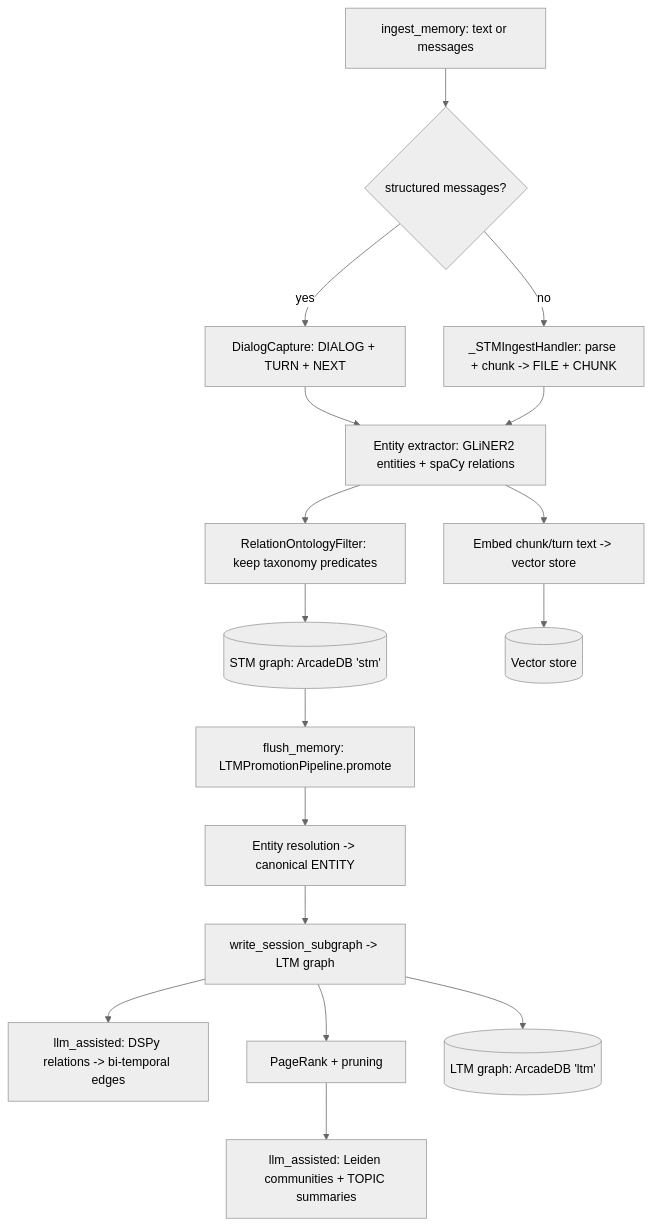
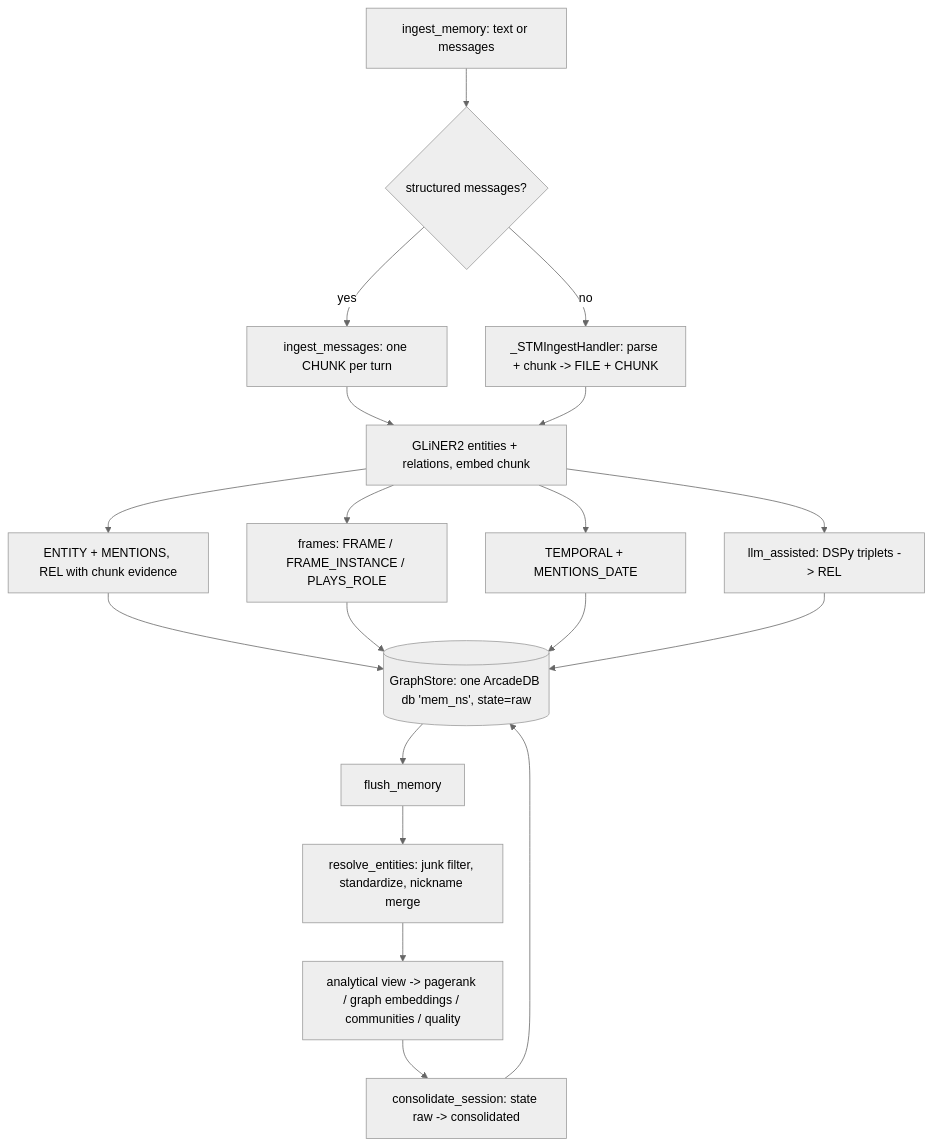
The first of 2 diagrams in docs/architecture.md (tamasmakos/graphknows), drawn with Mermaid (neutral theme) before and after one commit. The commit also changed other lines of this file, not shown here.

Commit message:
rewrite architecture doc

````diff
--- a/docs/architecture.md
+++ b/docs/architecture.md
@@ -195,20 +289,19 @@
 ```mermaid
 flowchart TD
     A[ingest_memory: text or messages] --> B{structured messages?}
-    B -- yes --> C[DialogCapture: DIALOG + TURN + NEXT]
+    B -- yes --> C[ingest_messages: one CHUNK per turn]
     B -- no --> D[_STMIngestHandler: parse + chunk -> FILE + CHUNK]
-    C --> E[Entity extractor: GLiNER2 entities + spaCy relations]
+    C --> E[GLiNER2 entities + relations, embed chunk]
     D --> E
-    E --> F[RelationOntologyFilter: keep taxonomy predicates]
-    E --> G[Embed chunk/turn text -> vector store]
-    F --> H[(STM graph: ArcadeDB 'stm')]
-    G --> I[(Vector store)]
+    E --> F[ENTITY + MENTIONS, REL with chunk evidence]
+    E --> G[frames: FRAME / FRAME_INSTANCE / PLAYS_ROLE]
+    E --> H[TEMPORAL + MENTIONS_DATE]
+    E --> I[llm_assisted: DSPy triplets -> REL]
+    F & G & H & I --> DB[(GraphStore: one ArcadeDB db 'mem_ns', state=raw)]
 
-    H --> J[flush_memory: LTMPromotionPipeline.promote]
-    J --> K[Entity resolution -> canonical ENTITY]
-    K --> L[write_session_subgraph -> LTM graph]
-    L --> M[llm_assisted: DSPy relations -> bi-temporal edges]
-    L --> N[PageRank + pruning]
-    N --> O[llm_assisted: Leiden communities + TOPIC summaries]
-    L --> P[(LTM graph: ArcadeDB 'ltm')]
+    DB --> J[flush_memory]
+    J --> K[resolve_entities: junk filter, standardize, nickname merge]
+    K --> L[analytical view -> pagerank / graph embeddings / communities / quality]
+    L --> M[consolidate_session: state raw -> consolidated]
+    M --> DB
 ```
````
